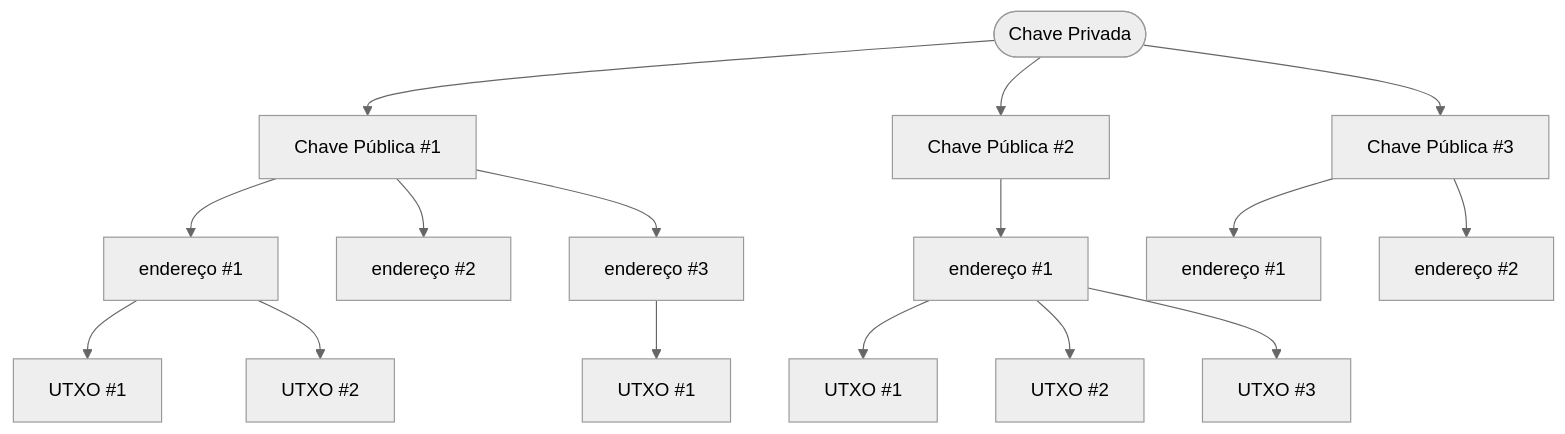
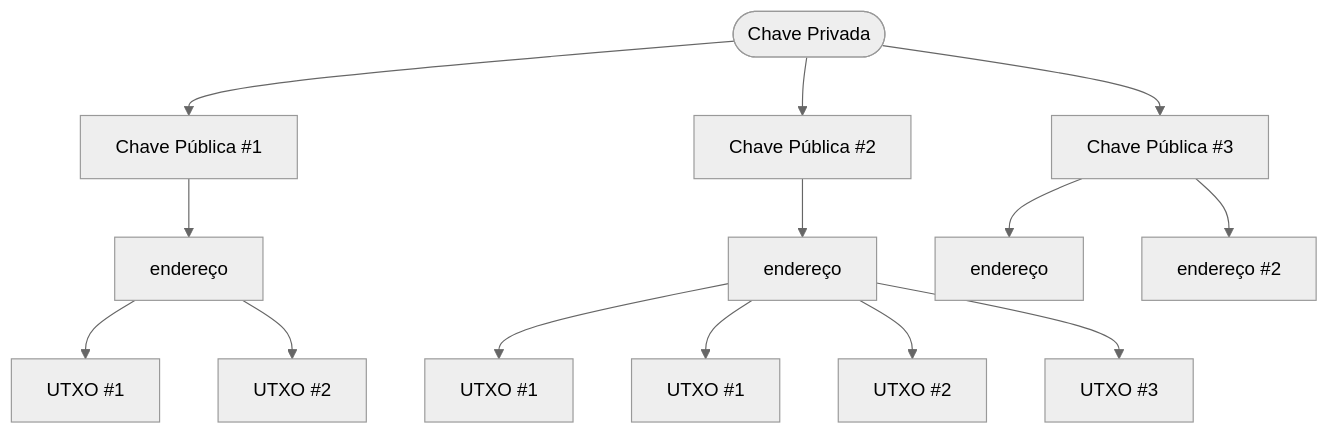
The third of 7 diagrams in LetsCoCreate/carteiras.md (ColcheteDAO/workshop), drawn with Mermaid (neutral theme) before and after one commit.

Commit message:
docs: sync careteiras

````diff
--- a/LetsCoCreate/carteiras.md
+++ b/LetsCoCreate/carteiras.md
@@ -23,22 +23,19 @@
 ```mermaid
 flowchart TD
     A(["Chave Privada"]) --> B["Chave Pública #1"] & n1@{ label: "<span style=\"padding-left:\">Chave Pública #2</span>" } & n2@{ label: "<span style=\"padding-left:\"><span style=\"padding-left:\">Chave Pública #3</span></span>" }
-    B --> n3["endereço #1"] & n4@{ label: "<span style=\"padding-left:\">endereço #2</span>" } & n5@{ label: "<span style=\"padding-left:\">endereço #3</span>" }
-    n1 --> n6@{ label: "<span style=\"padding-left:\">endereço #1</span>" }
-    n2 --> n7@{ label: "<span style=\"padding-left:\">endereço #1</span>" } & n8@{ label: "<span style=\"padding-left:\"><span style=\"padding-left:\">endereço #2</span></span>" }
-    n3 --> n9["UTXO #1"] & n10["UTXO #2"]
-    n5 --> n11["UTXO #1"]
+    B --> n3["endereço"] 
+    n1 --> n6@{ label: "<span style=\"padding-left:\">endereço</span>" } --> n11["UTXO #1"]
+    n2 --> n7@{ label: "<span style=\"padding-left:\">endereço</span>" } & n8@{ label: "<span style=\"padding-left:\"><span style=\"padding-left:\">endereço #2</span></span>" }
+    n3 --> n9["UTXO #1"] & n10["UTXO #2"] 
     n6 --> n12@{ label: "<span style=\"padding-left:\">UTXO #1</span>" } & n13@{ label: "<span style=\"padding-left:\">UTXO #2</span>" } & n14@{ label: "<span style=\"padding-left:\">UTXO #3</span>" }
 
     B@{ shape: rect}
     n1@{ shape: rect}
     n2@{ shape: rect}
-    n4@{ shape: rect}
-    n5@{ shape: rect}
     n6@{ shape: rect}
     n7@{ shape: rect}
     n8@{ shape: rect}
     n12@{ shape: rect}
     n13@{ shape: rect}
     n14@{ shape: rect}
 ```
````
